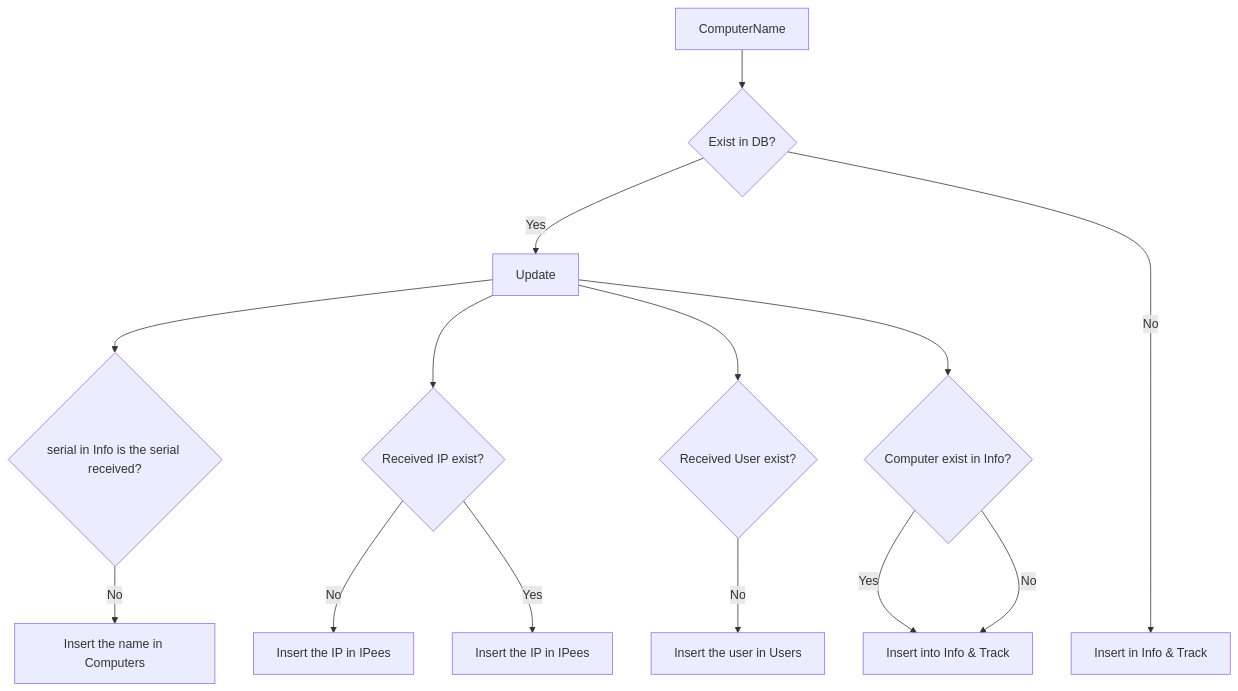
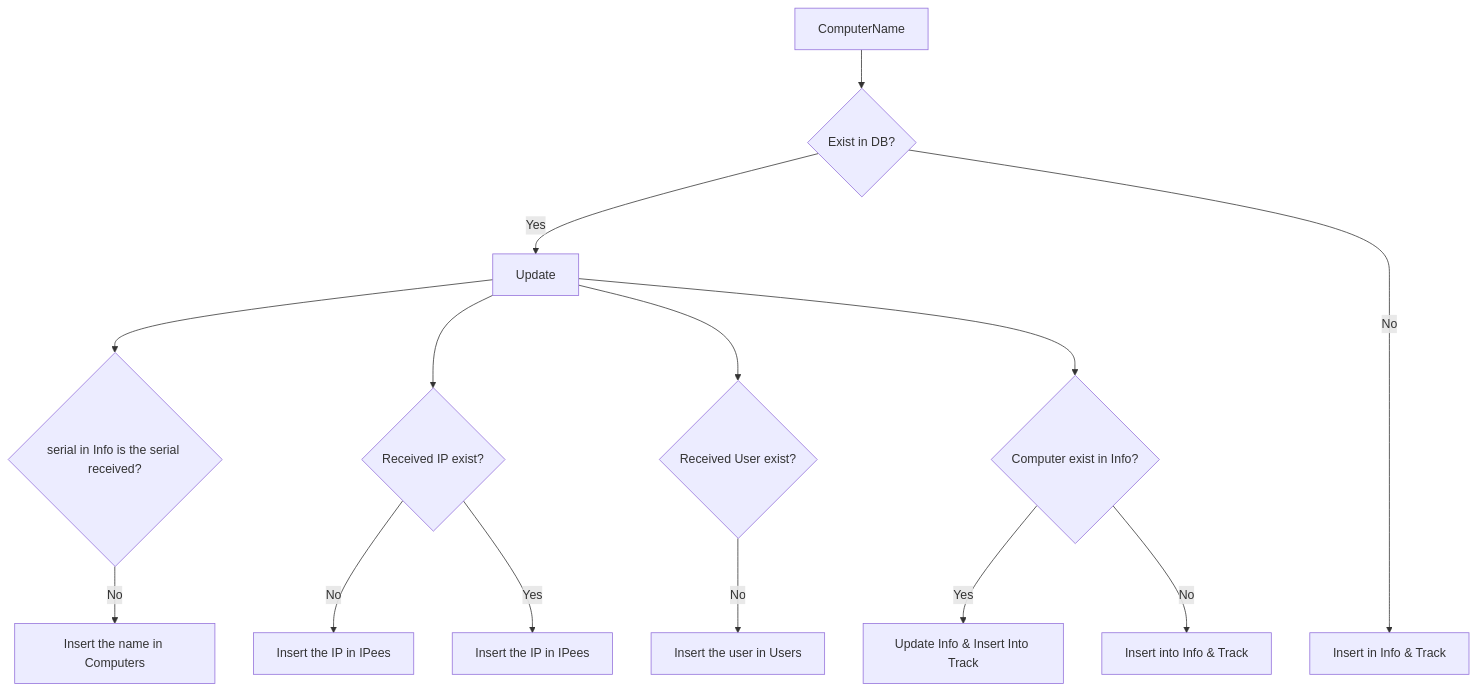
The second of 3 diagrams in README.md (YazidEl7/Info_Project), drawn with Mermaid before and after one commit.

````diff
--- a/README.md
+++ b/README.md
@@ -25,16 +25,16 @@
 ```mermaid
 graph TD;
     A[ComputerName] --> B{Exist in DB?};
     B -->|Yes| C[Update];
     C --> D{serial in Info is the serial received?};
     D --> |No| F[Insert the name in Computers];
     C --> G{Received IP exist?};
     G --> |No| H[Insert the IP in IPees];
     G --> |Yes| I[Insert the IP in IPees];
     C --> J{Received User exist?};
     J --> |No| K[Insert the user in Users];
     C --> L{Computer exist in Info?};
     L --> |Yes| M[Update Info & Insert Into Track];
-    L --> |No| M[Insert into Info & Track];
+    L --> |No| N[Insert into Info & Track];
     B ---->|No| E[Insert in Info & Track];
 ```
````
